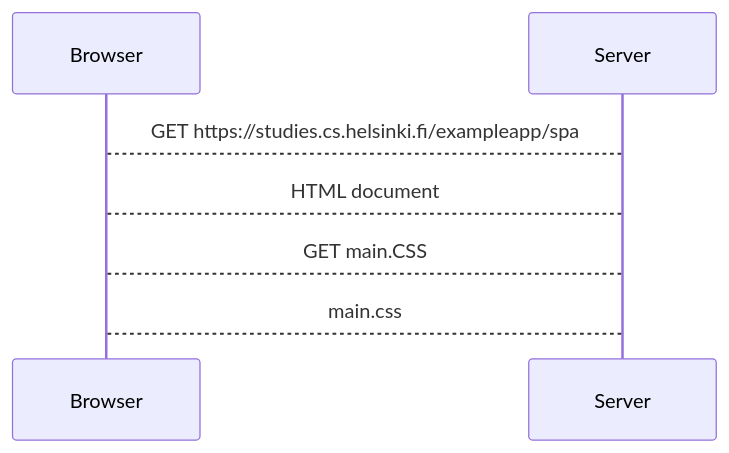
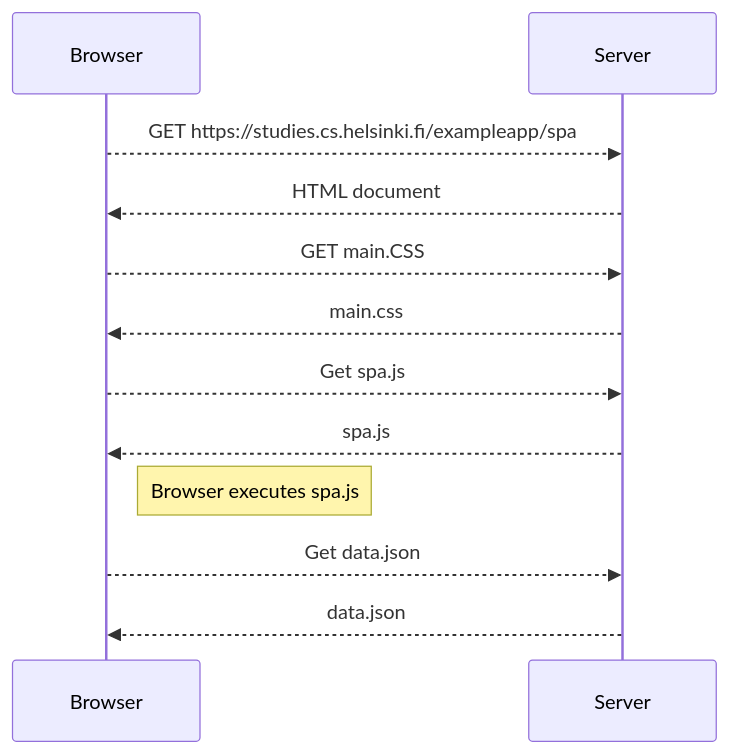
Before and after one commit to TNiemelainen/fullstackopenpalautukset: the diagram in osa0/0.5: Single Page App.md, drawn with Mermaid.

Commit message:
Final answer 1

````diff
--- a/osa0/0.5: Single Page App.md
+++ b/osa0/0.5: Single Page App.md
@@ -1,7 +1,12 @@
 ```mermaid
 sequenceDiagram
-    Browser --> Server: GET https://studies.cs.helsinki.fi/exampleapp/spa
-    Server --> Browser: HTML document
-    Browser --> Server: GET main.CSS
-    Server --> Browser: main.css
+    Browser -->> Server: GET https://studies.cs.helsinki.fi/exampleapp/spa
+    Server -->> Browser: HTML document
+    Browser -->> Server: GET main.CSS
+    Server -->> Browser: main.css
+    Browser -->> Server: Get spa.js
+    Server -->> Browser: spa.js
+    note right of Browser: Browser executes spa.js
+    Browser -->> Server: Get data.json
+    Server -->> Browser: data.json
 ```
````
